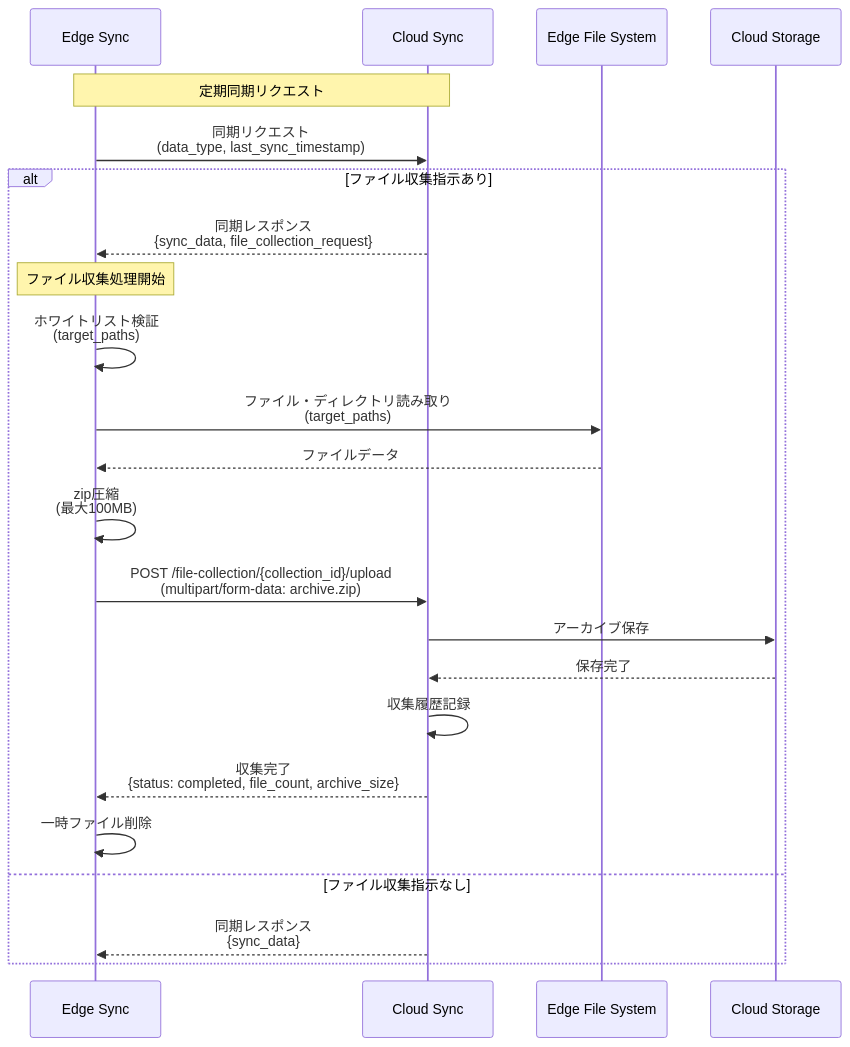
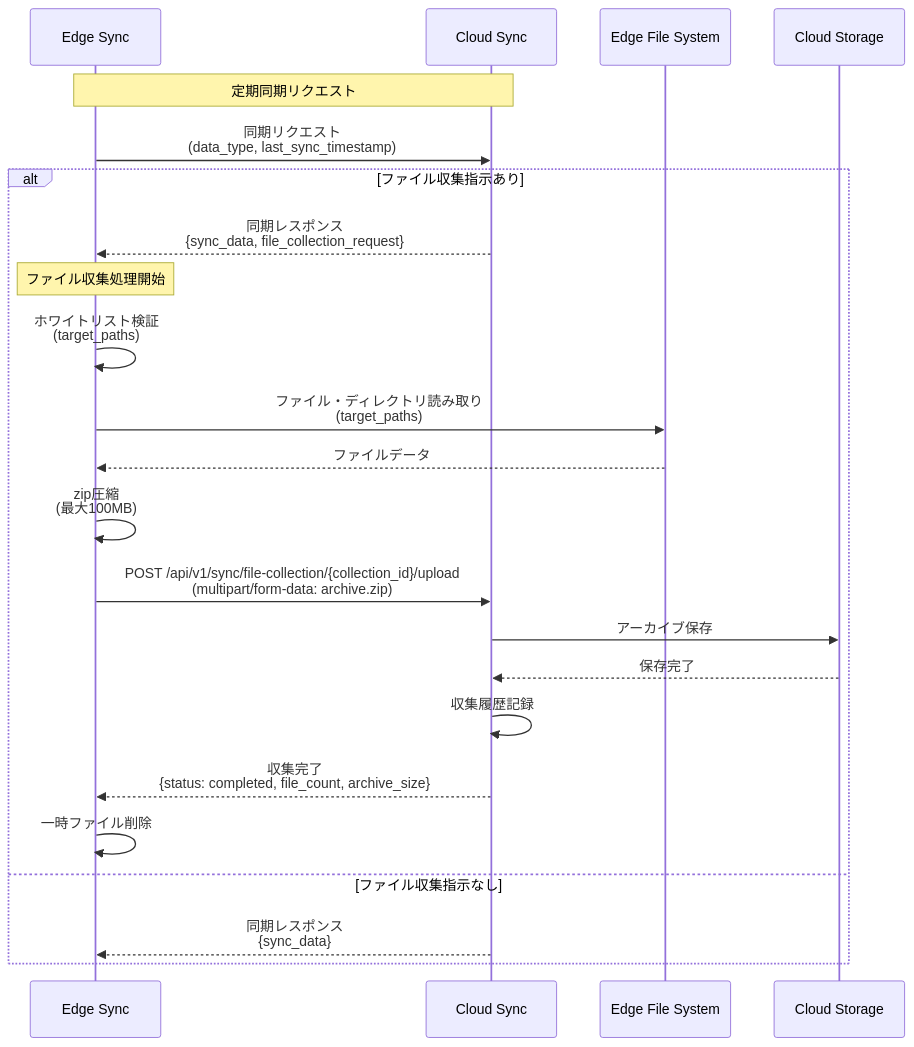
Before and after one commit to gaocuiping/kugelpos-stpos-docs-new: the eighth of 32 diagrams in notes/1-sync/03_アーキテクチャー解説書.md, drawn with Mermaid. The commit also changed other lines of this file and 1 other file, not shown here.

First line of the commit message:
docs: Sync Serviceのエンドポイントをすべて/api/v1/syncプレフィックスに統一 #1

````diff
--- a/notes/1-sync/03_アーキテクチャー解説書.md
+++ b/notes/1-sync/03_アーキテクチャー解説書.md
@@ -261,37 +261,37 @@
 ```mermaid
 sequenceDiagram
     participant EdgeSync as Edge Sync
     participant CloudSync as Cloud Sync
     participant EdgeFS as Edge File System
     participant CloudStorage as Cloud Storage
 
     Note over EdgeSync,CloudSync: 定期同期リクエスト
 
     EdgeSync->>CloudSync: 同期リクエスト<br/>(data_type, last_sync_timestamp)
 
     alt ファイル収集指示あり
         CloudSync-->>EdgeSync: 同期レスポンス<br/>{sync_data, file_collection_request}
 
         Note over EdgeSync: ファイル収集処理開始
 
         EdgeSync->>EdgeSync: ホワイトリスト検証<br/>(target_paths)
 
         EdgeSync->>EdgeFS: ファイル・ディレクトリ読み取り<br/>(target_paths)
         EdgeFS-->>EdgeSync: ファイルデータ
 
         EdgeSync->>EdgeSync: zip圧縮<br/>(最大100MB)
 
-        EdgeSync->>CloudSync: POST /file-collection/{collection_id}/upload<br/>(multipart/form-data: archive.zip)
+        EdgeSync->>CloudSync: POST /api/v1/sync/file-collection/{collection_id}/upload<br/>(multipart/form-data: archive.zip)
 
         CloudSync->>CloudStorage: アーカイブ保存
         CloudStorage-->>CloudSync: 保存完了
 
         CloudSync->>CloudSync: 収集履歴記録
 
         CloudSync-->>EdgeSync: 収集完了<br/>{status: completed, file_count, archive_size}
 
         EdgeSync->>EdgeSync: 一時ファイル削除
     else ファイル収集指示なし
         CloudSync-->>EdgeSync: 同期レスポンス<br/>{sync_data}
     end
 ```
````
